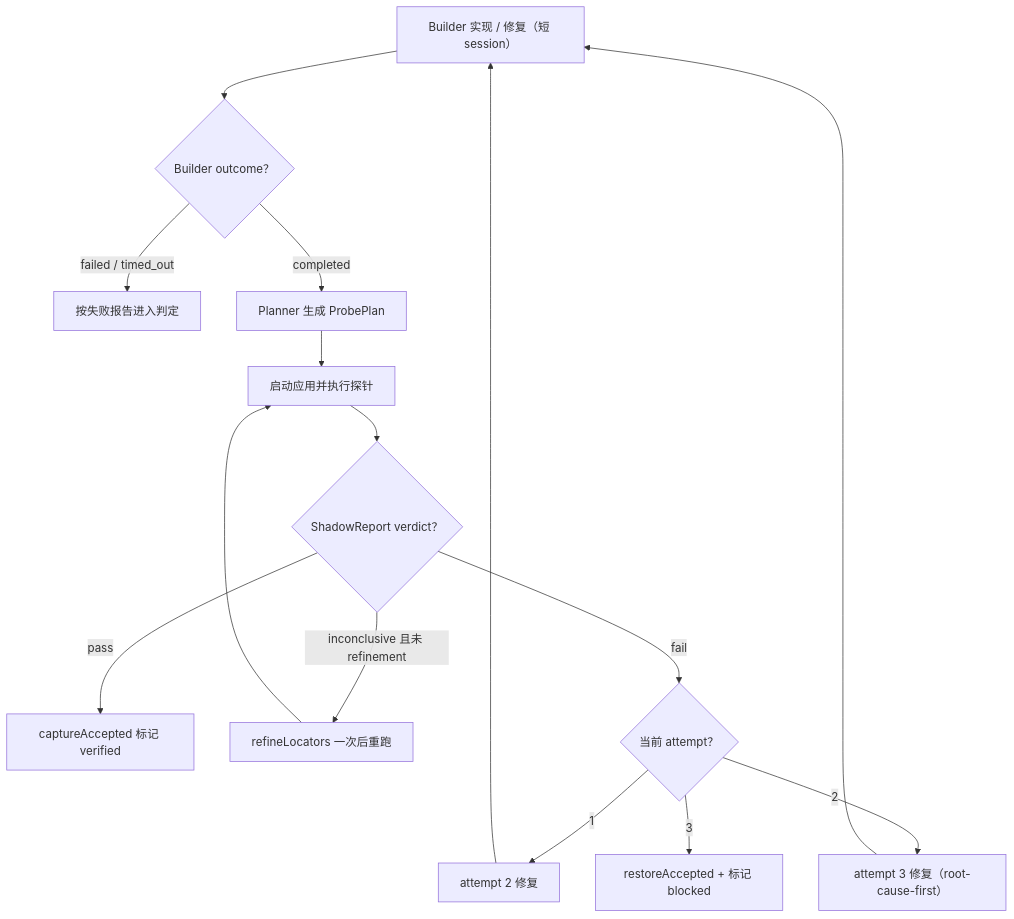
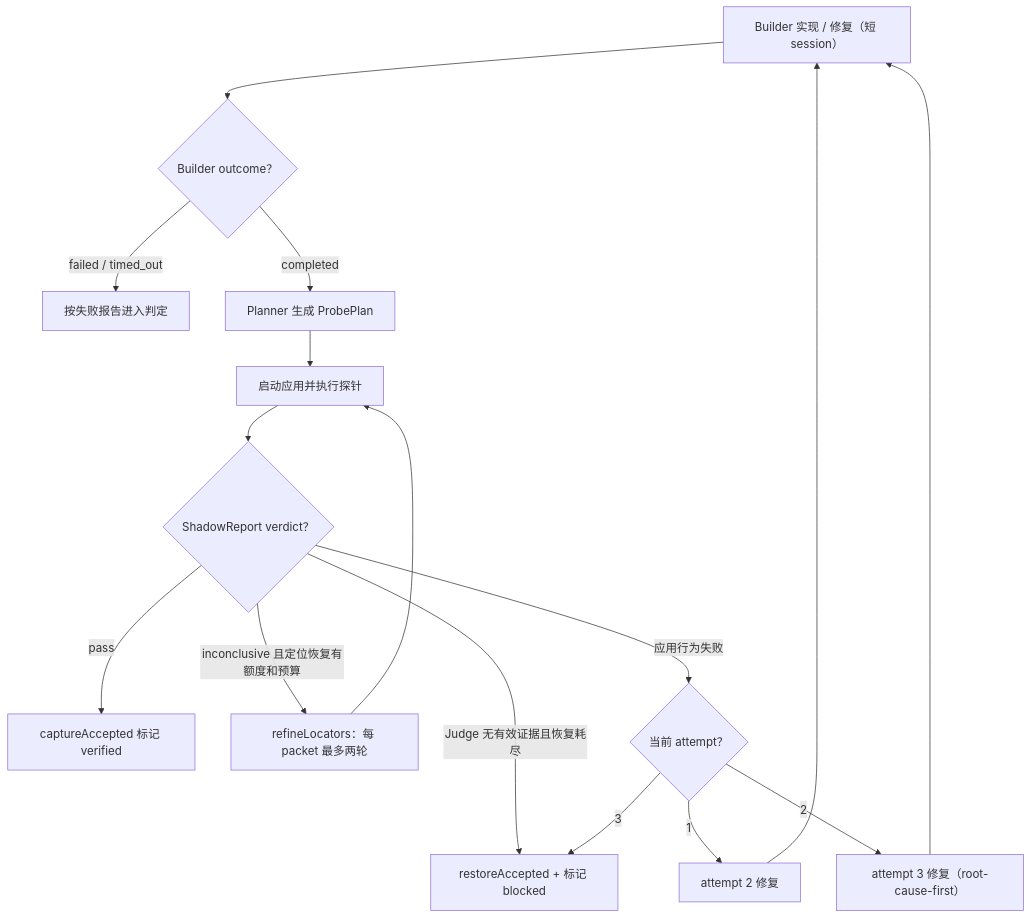
The second of 3 diagrams in README.md (TheaDust/Shallow), drawn with Mermaid before and after one commit. The commit also changed other lines of this file and 16 other files, not shown here.

````diff
--- a/README.md
+++ b/README.md
@@ -156,17 +156,18 @@
 ```mermaid
 flowchart TD
     A["Builder 实现 / 修复（短 session）"] --> B{"Builder outcome？"}
     B -->|"failed / timed_out"| F["按失败报告进入判定"]
     B -->|"completed"| C["Planner 生成 ProbePlan"]
     C --> D["启动应用并执行探针"]
     D --> E{"ShadowReport verdict？"}
     E -->|"pass"| OK["captureAccepted 标记 verified"]
-    E -->|"inconclusive 且未 refinement"| R["refineLocators 一次后重跑"]
+    E -->|"inconclusive 且定位恢复有额度和预算"| R["refineLocators：每 packet 最多两轮"]
     R --> D
-    E -->|"fail"| N{"当前 attempt？"}
+    E -->|"Judge 无有效证据且恢复耗尽"| BLK
+    E -->|"应用行为失败"| N{"当前 attempt？"}
     N -->|"1"| A2["attempt 2 修复"]
     N -->|"2"| A3["attempt 3 修复（root-cause-first）"]
     N -->|"3"| BLK["restoreAccepted + 标记 blocked"]
     A2 --> A
     A3 --> A
 ```
````
